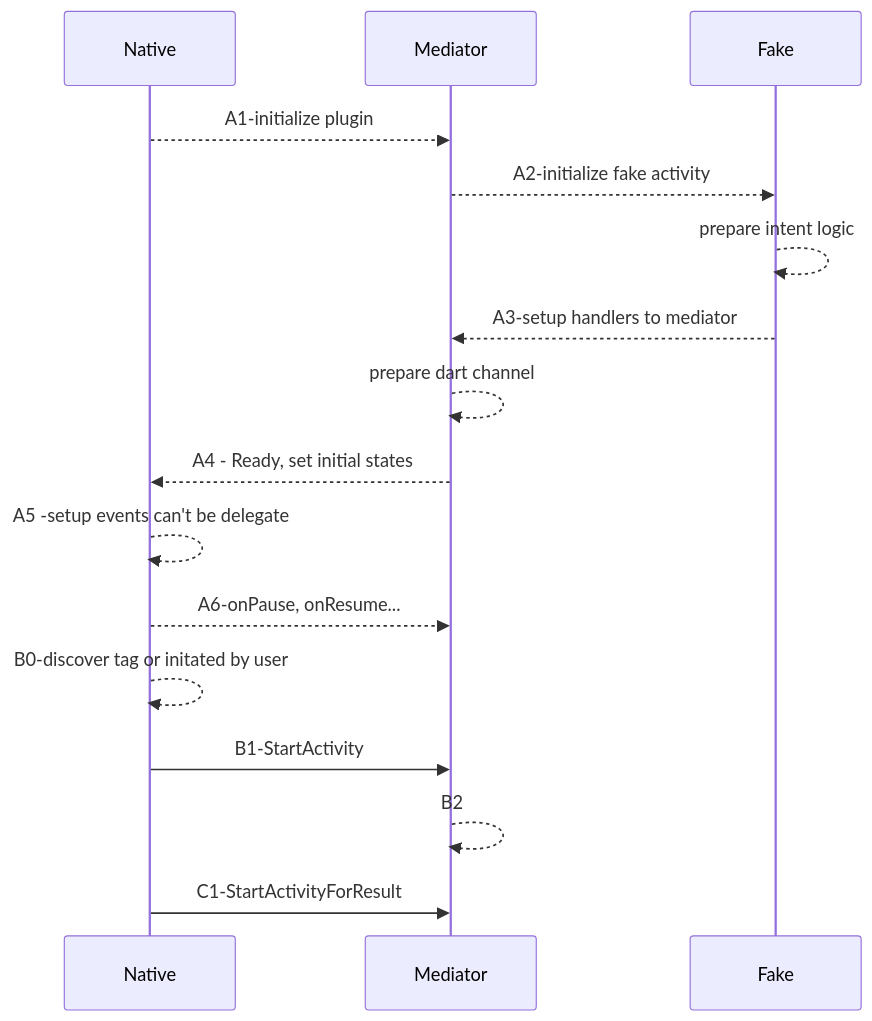
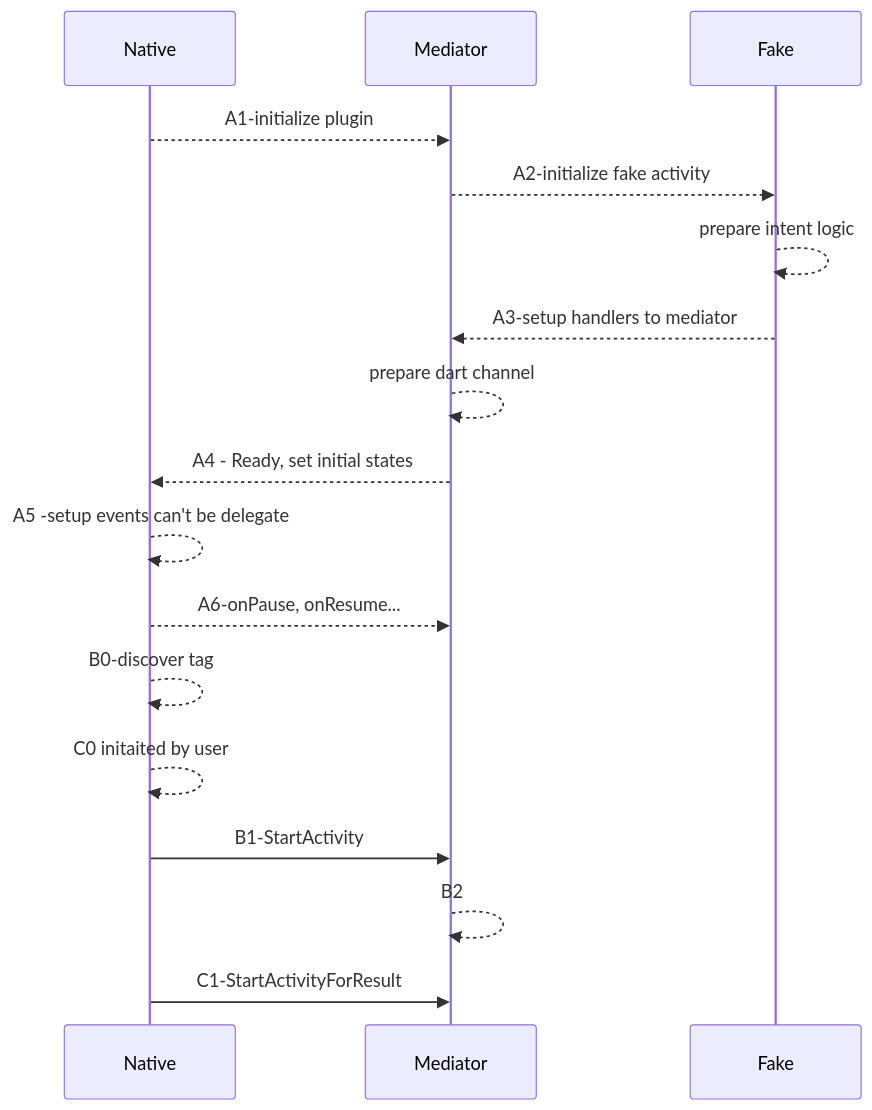
Before and after one commit to gordianknotC/nxp_note: the second of 2 diagrams in flutter/addActivityResultListener.md, drawn with Mermaid. The commit also changed other lines of this file, not shown here.

Commit message:
flutter/addActivityResultListener.md updated from https://stackedit.io/

````diff
--- a/flutter/addActivityResultListener.md
+++ b/flutter/addActivityResultListener.md
@@ -55,21 +55,23 @@
 ```mermaid
 sequenceDiagram
 participant Native
 participant Mediator
 participant Fake
 
 Native -->> Mediator: A1-initialize plugin
 Mediator -->> Fake: A2-initialize fake activity
 Fake -->> Fake: prepare intent logic
 Fake -->> Mediator: A3-setup handlers to mediator
 Mediator -->> Mediator: prepare dart channel
 Mediator -->> Native: A4 - Ready, set initial states
 Native -->> Native: A5 -setup events can't be delegate
 Native -->> Mediator: A6-onPause, onResume...
 
-Native -->> Native: B0-discover tag or initated by user
+Native -->> Native: B0-discover tag
+
+Native -->> Native: C0 initaited by user
 Native ->> Mediator: B1-StartActivity
 Mediator -->> Mediator: B2 
 Native ->> Mediator: C1-StartActivityForResult
 
 ```
````
